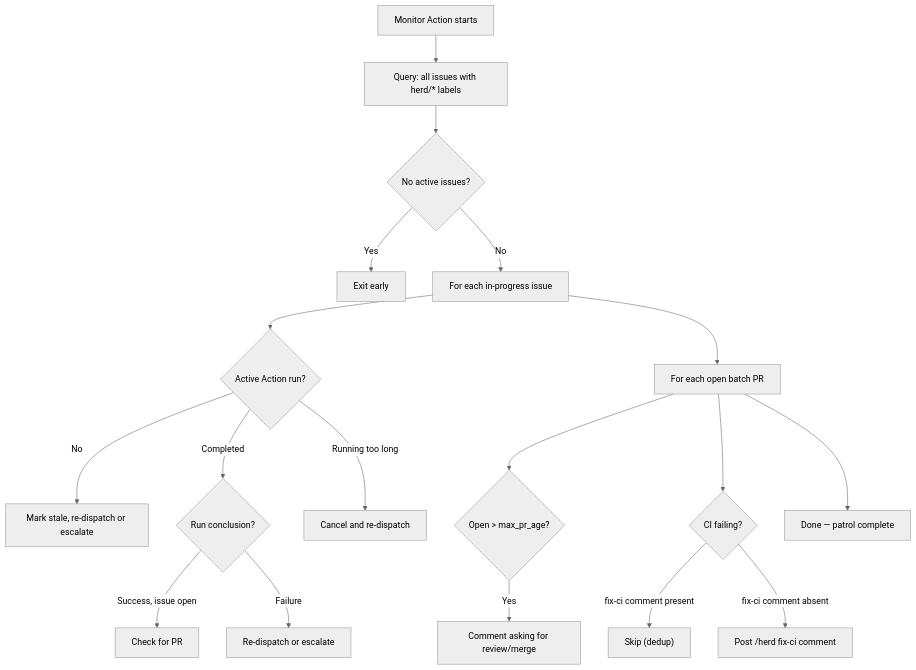
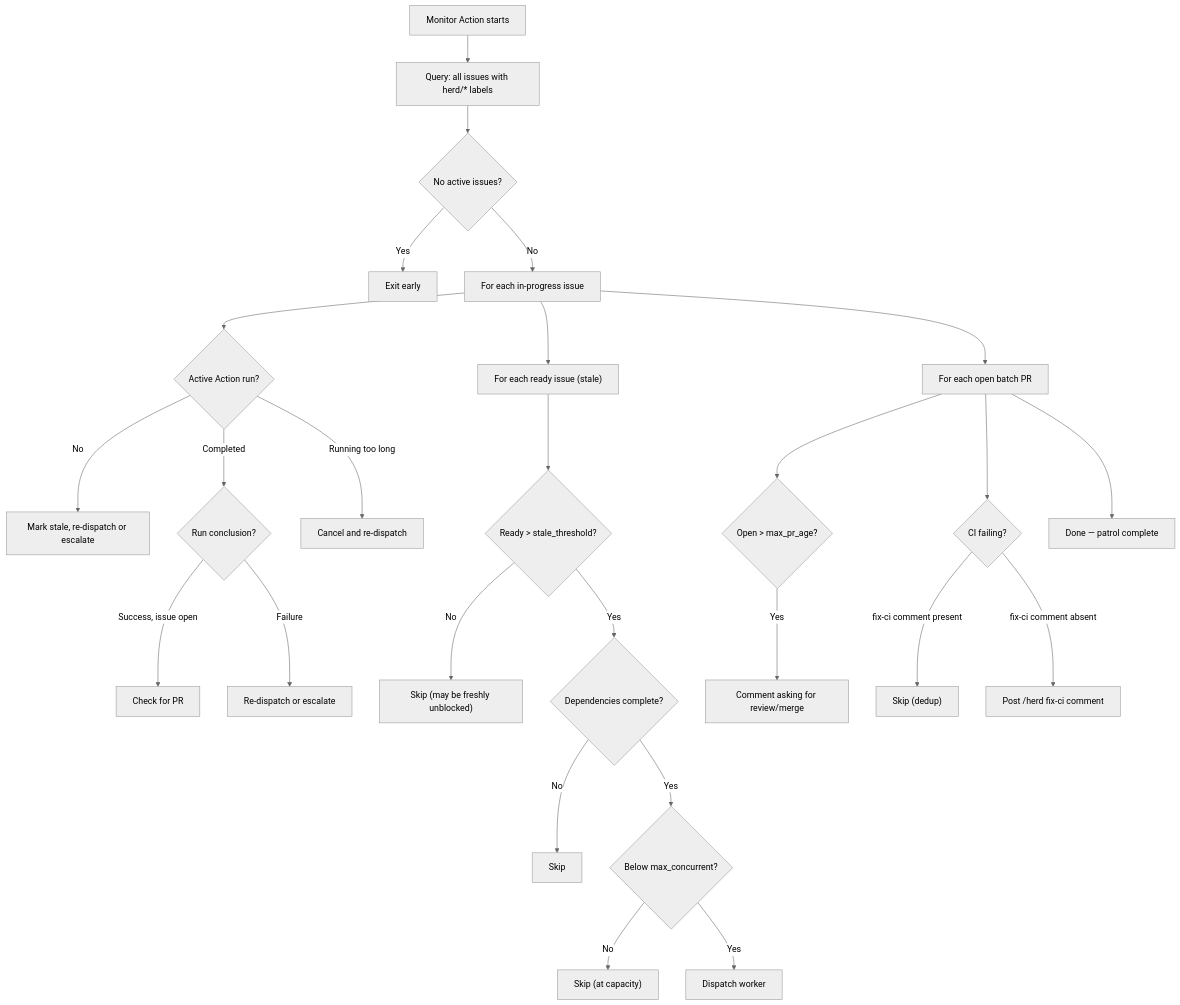
One commit to Herd-OS/herd-os.com changed the sixth of 10 diagrams in src/content/docs/design/execution.md. Above: the diagram before and after it, drawn with Mermaid (neutral theme). The commit also changed other lines of this file, not shown here.

````diff
--- a/src/content/docs/design/execution.md
+++ b/src/content/docs/design/execution.md
@@ -451,23 +451,32 @@
 ```mermaid
 graph TD
     A["Monitor Action starts"] --> B["Query: all issues with herd/* labels"]
     B --> C{"No active issues?"}
     C -->|Yes| EXIT["Exit early"]
     C -->|No| D["For each in-progress issue"]
 
     D --> D1{"Active Action run?"}
     D1 -->|No| D1a["Mark stale, re-dispatch or escalate"]
     D1 -->|Completed| D2{"Run conclusion?"}
     D2 -->|Success, issue open| D2a["Check for PR"]
     D2 -->|Failure| D2b["Re-dispatch or escalate"]
     D1 -->|Running too long| D3["Cancel and re-dispatch"]
 
+    D --> D4["For each ready issue (stale)"]
+    D4 --> D4a{"Ready > stale_threshold?"}
+    D4a -->|No| D4b["Skip (may be freshly unblocked)"]
+    D4a -->|Yes| D4c{"Dependencies complete?"}
+    D4c -->|No| D4d["Skip"]
+    D4c -->|Yes| D4e{"Below max_concurrent?"}
+    D4e -->|No| D4f["Skip (at capacity)"]
+    D4e -->|Yes| D4g["Dispatch worker"]
+
     D --> E["For each open batch PR"]
     E --> E1{"Open > max_pr_age?"}
     E1 -->|Yes| E1a["Comment asking for review/merge"]
     E --> E2{"CI failing?"}
     E2 -->|fix-ci comment present| E2a["Skip (dedup)"]
     E2 -->|fix-ci comment absent| E2b["Post /herd fix-ci comment"]
 
     E --> F["Done — patrol complete"]
 ```
````
